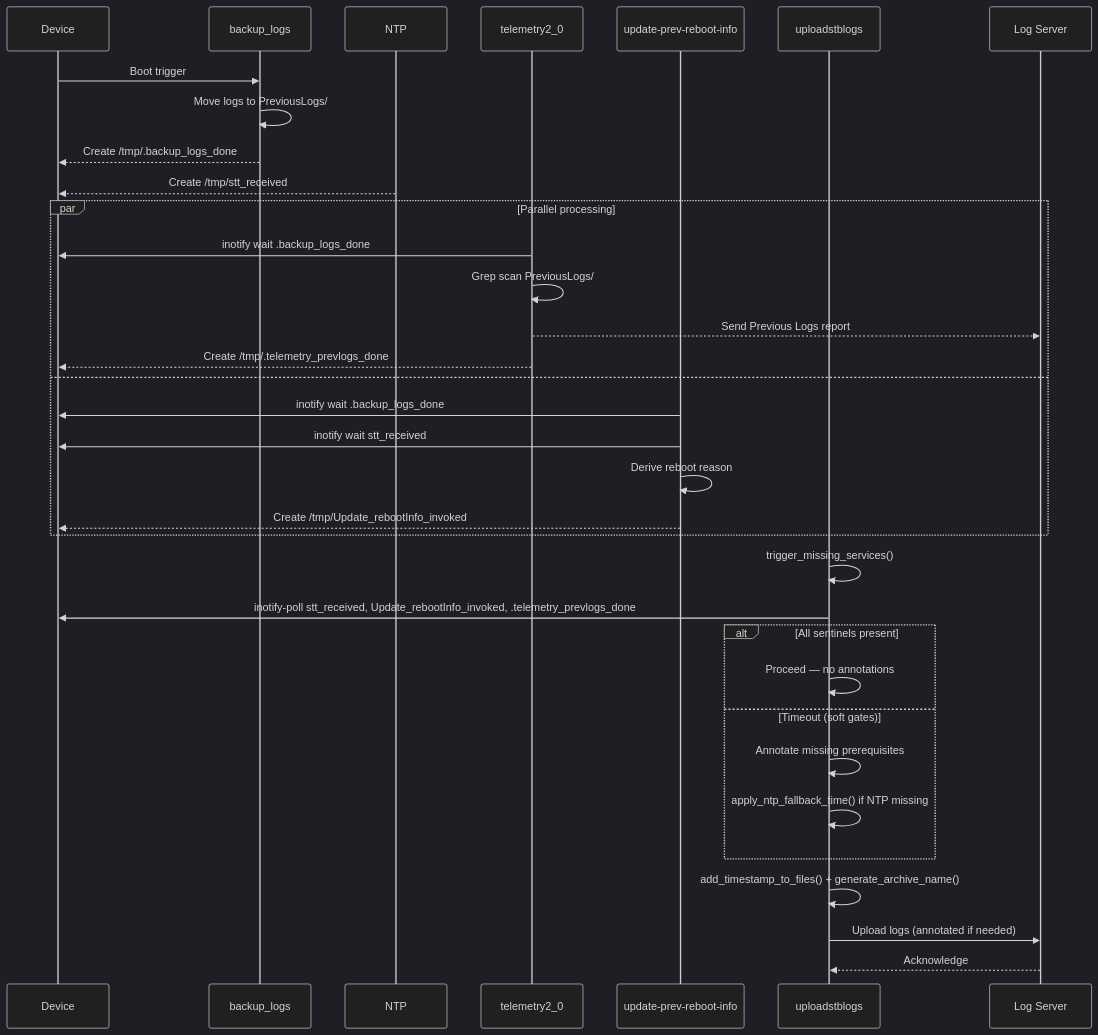
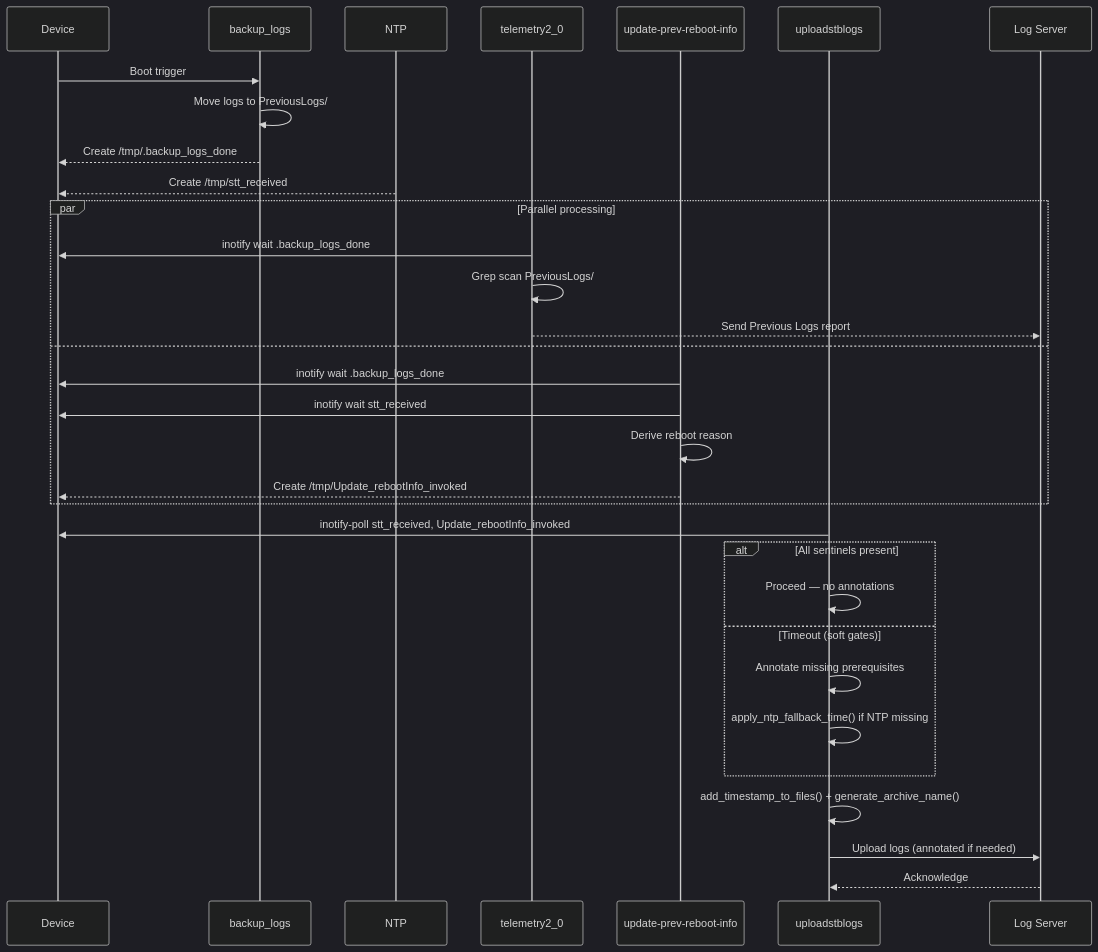
The second of 5 diagrams in .github/slides.md (rdkcentral/dcm-agent), drawn with Mermaid (dark theme) before and after one commit. The commit also changed other lines of this file, not shown here.

````diff
--- a/.github/slides.md
+++ b/.github/slides.md
@@ -148,40 +136,39 @@
 ```mermaid
 sequenceDiagram
   participant Device
   participant backup_logs
   participant NTP
   participant Telemetry as telemetry2_0
   participant RebootMgr as update-prev-reboot-info
   participant Upload as uploadstblogs
   participant Server as Log Server
 
   Device->>backup_logs: Boot trigger
   backup_logs->>backup_logs: Move logs to PreviousLogs/
   backup_logs-->>Device: Create /tmp/.backup_logs_done
 
   NTP-->>Device: Create /tmp/stt_received
 
   par Parallel processing
     Telemetry->>Device: inotify wait .backup_logs_done
     Telemetry->>Telemetry: Grep scan PreviousLogs/
     Telemetry-->>Server: Send Previous Logs report
-    Telemetry-->>Device: Create /tmp/.telemetry_prevlogs_done
   and
     RebootMgr->>Device: inotify wait .backup_logs_done
     RebootMgr->>Device: inotify wait stt_received
     RebootMgr->>RebootMgr: Derive reboot reason
     RebootMgr-->>Device: Create /tmp/Update_rebootInfo_invoked
   end
 
-  Upload->>Upload: trigger_missing_services()
-  Upload->>Device: inotify-poll stt_received, Update_rebootInfo_invoked, .telemetry_prevlogs_done
+
+  Upload->>Device: inotify-poll stt_received, Update_rebootInfo_invoked
   alt All sentinels present
     Upload->>Upload: Proceed — no annotations
   else Timeout (soft gates)
     Upload->>Upload: Annotate missing prerequisites
     Upload->>Upload: apply_ntp_fallback_time() if NTP missing
   end
   Upload->>Upload: add_timestamp_to_files() + generate_archive_name()
   Upload->>Server: Upload logs (annotated if needed)
   Server-->>Upload: Acknowledge
 ```
````
